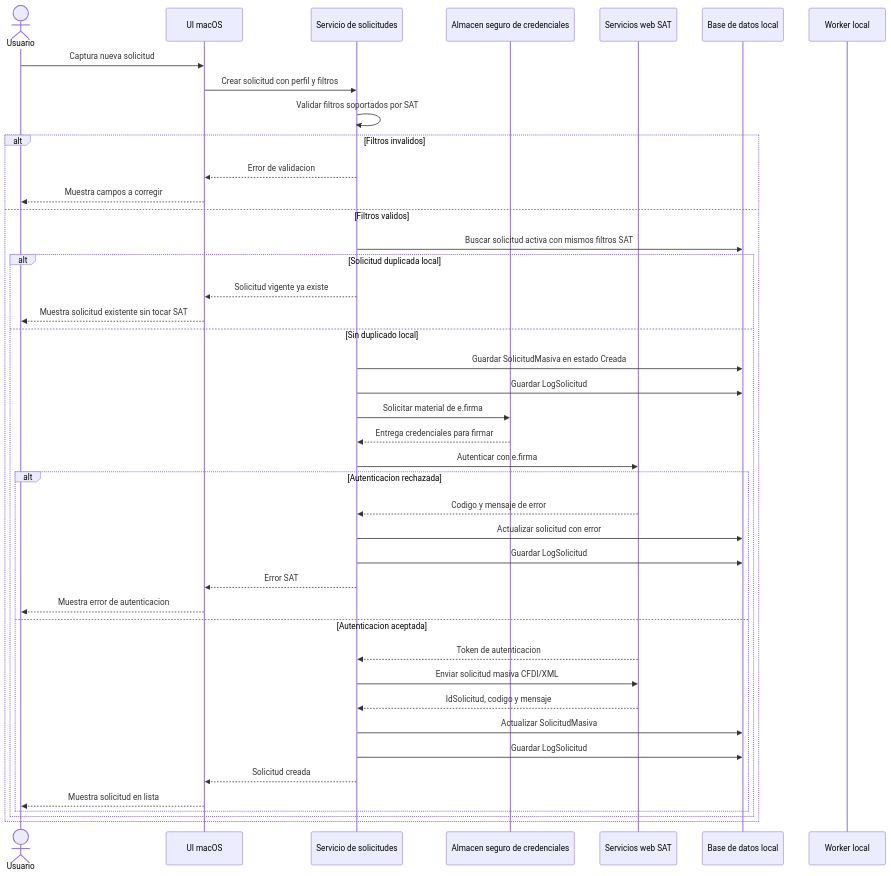
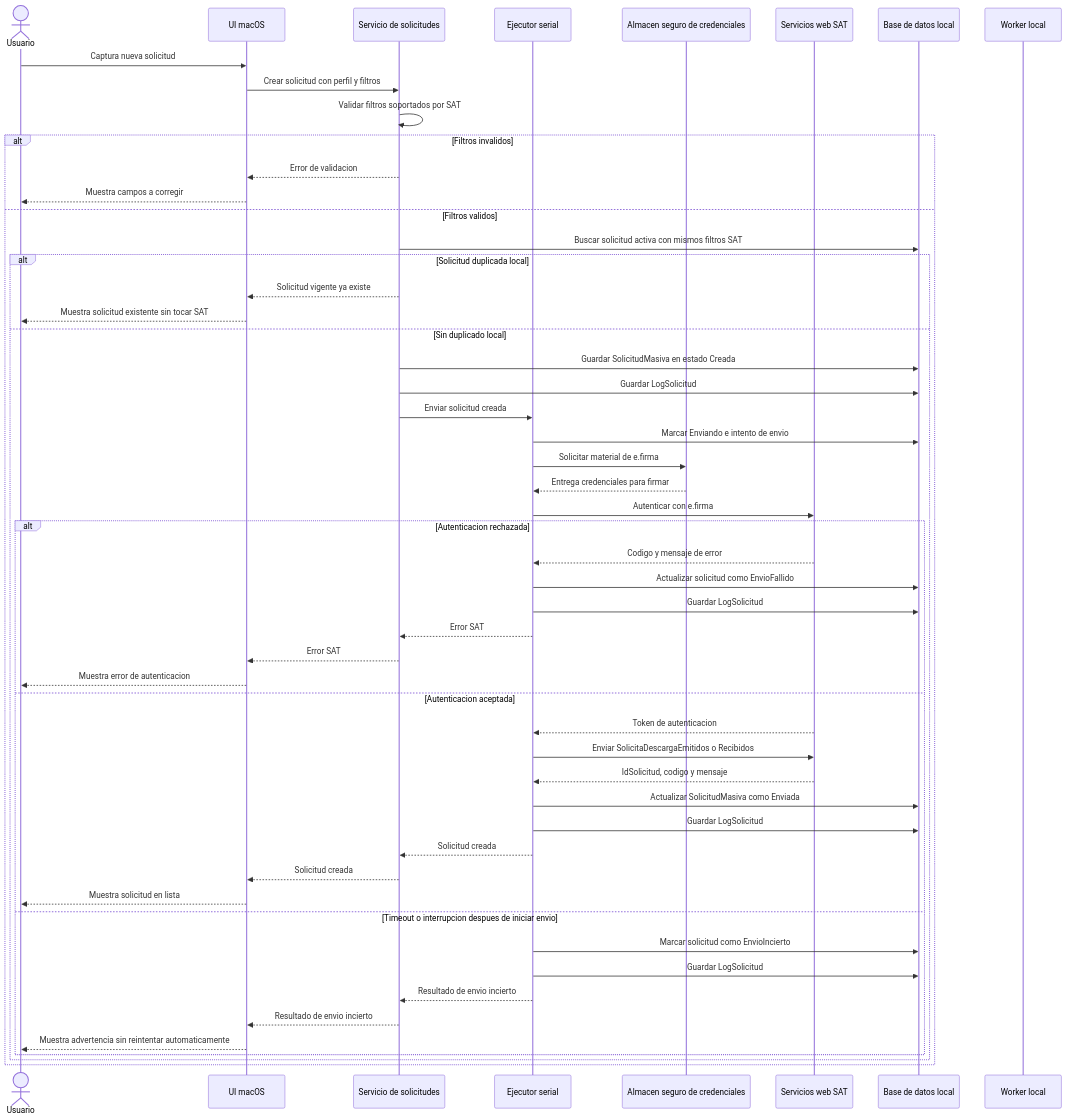
The fifth of 21 diagrams in docs/architecture.md (irritila/sat-cfdi-downloader), drawn with Mermaid before and after one commit. The commit also changed other lines of this file and 14 other files, not shown here.

````diff
--- a/docs/architecture.md
+++ b/docs/architecture.md
@@ -206,48 +208,59 @@
 ```mermaid
 sequenceDiagram
     actor Usuario
     participant UI as UI macOS
     participant Solicitudes as Servicio de solicitudes
+    participant Executor as Ejecutor serial
     participant Credenciales as Almacen seguro de credenciales
     participant SAT as Servicios web SAT
     participant DB as Base de datos local
     participant Worker as Worker local
 
     Usuario->>UI: Captura nueva solicitud
     UI->>Solicitudes: Crear solicitud con perfil y filtros
     Solicitudes->>Solicitudes: Validar filtros soportados por SAT
 
     alt Filtros invalidos
         Solicitudes-->>UI: Error de validacion
         UI-->>Usuario: Muestra campos a corregir
     else Filtros validos
         Solicitudes->>DB: Buscar solicitud activa con mismos filtros SAT
 
         alt Solicitud duplicada local
             Solicitudes-->>UI: Solicitud vigente ya existe
             UI-->>Usuario: Muestra solicitud existente sin tocar SAT
         else Sin duplicado local
             Solicitudes->>DB: Guardar SolicitudMasiva en estado Creada
             Solicitudes->>DB: Guardar LogSolicitud
-            Solicitudes->>Credenciales: Solicitar material de e.firma
-            Credenciales-->>Solicitudes: Entrega credenciales para firmar
-            Solicitudes->>SAT: Autenticar con e.firma
+            Solicitudes->>Executor: Enviar solicitud creada
+            Executor->>DB: Marcar Enviando e intento de envio
+            Executor->>Credenciales: Solicitar material de e.firma
+            Credenciales-->>Executor: Entrega credenciales para firmar
+            Executor->>SAT: Autenticar con e.firma
 
             alt Autenticacion rechazada
-                SAT-->>Solicitudes: Codigo y mensaje de error
-                Solicitudes->>DB: Actualizar solicitud con error
-                Solicitudes->>DB: Guardar LogSolicitud
+                SAT-->>Executor: Codigo y mensaje de error
+                Executor->>DB: Actualizar solicitud como EnvioFallido
+                Executor->>DB: Guardar LogSolicitud
+                Executor-->>Solicitudes: Error SAT
                 Solicitudes-->>UI: Error SAT
                 UI-->>Usuario: Muestra error de autenticacion
             else Autenticacion aceptada
-                SAT-->>Solicitudes: Token de autenticacion
-                Solicitudes->>SAT: Enviar solicitud masiva CFDI/XML
-                SAT-->>Solicitudes: IdSolicitud, codigo y mensaje
-                Solicitudes->>DB: Actualizar SolicitudMasiva
-                Solicitudes->>DB: Guardar LogSolicitud
+                SAT-->>Executor: Token de autenticacion
+                Executor->>SAT: Enviar SolicitaDescargaEmitidos o Recibidos
+                SAT-->>Executor: IdSolicitud, codigo y mensaje
+                Executor->>DB: Actualizar SolicitudMasiva como Enviada
+                Executor->>DB: Guardar LogSolicitud
+                Executor-->>Solicitudes: Solicitud creada
                 Solicitudes-->>UI: Solicitud creada
                 UI-->>Usuario: Muestra solicitud en lista
+            else Timeout o interrupcion despues de iniciar envio
+                Executor->>DB: Marcar solicitud como EnvioIncierto
+                Executor->>DB: Guardar LogSolicitud
+                Executor-->>Solicitudes: Resultado de envio incierto
+                Solicitudes-->>UI: Resultado de envio incierto
+                UI-->>Usuario: Muestra advertencia sin reintentar automaticamente
             end
         end
     end
 ```
````
